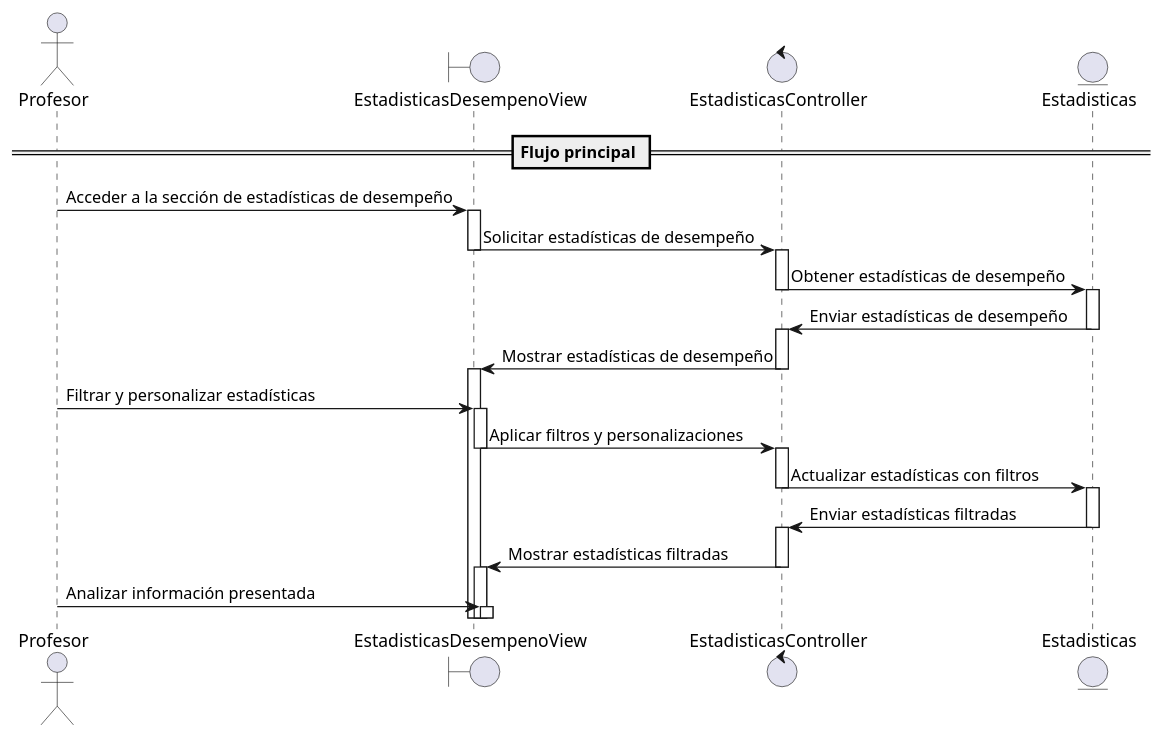
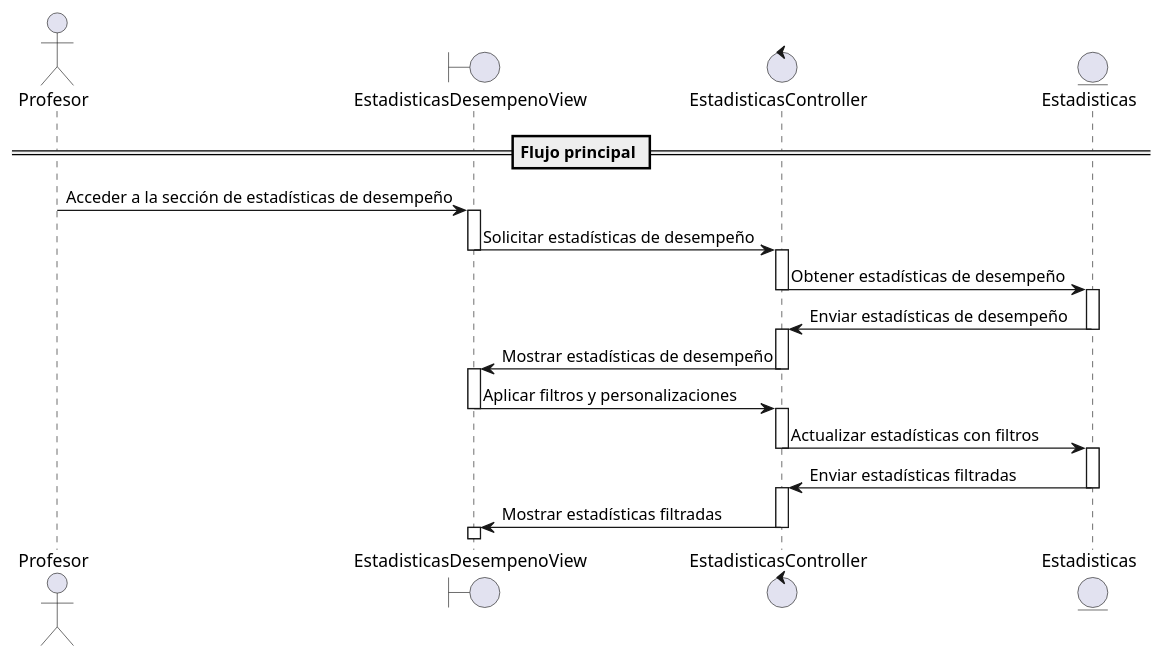
One commit to ZavSan95/EduMatch changed the diagram in CASOS DE USO/PROFESOR/CU-0025/DSEC-0025.puml. Above: the diagram before and after it, drawn with PlantUML. The commit also changed 56 other files, not shown here.

Commit message:
Actualizacion diagramas de secuencia

```diff
--- a/CASOS DE USO/PROFESOR/CU-0025/DSEC-0025.puml
+++ b/CASOS DE USO/PROFESOR/CU-0025/DSEC-0025.puml
@@ -1,19 +1,17 @@
 @startuml
 actor Profesor
 boundary "EstadisticasDesempenoView" as View
 control "EstadisticasController" as Controller
 entity "Estadisticas" as Estadisticas
 
 == Flujo principal ==
 Profesor -> View --++: Acceder a la sección de estadísticas de desempeño
 View -> Controller --++: Solicitar estadísticas de desempeño
 Controller -> Estadisticas --++: Obtener estadísticas de desempeño
 Estadisticas -> Controller --++: Enviar estadísticas de desempeño
 Controller -> View --++: Mostrar estadísticas de desempeño
-Profesor -> View --++: Filtrar y personalizar estadísticas
 View -> Controller --++: Aplicar filtros y personalizaciones
 Controller -> Estadisticas --++: Actualizar estadísticas con filtros
 Estadisticas -> Controller --++: Enviar estadísticas filtradas
 Controller -> View --++: Mostrar estadísticas filtradas
-Profesor -> View --++: Analizar información presentada
 @enduml
```
